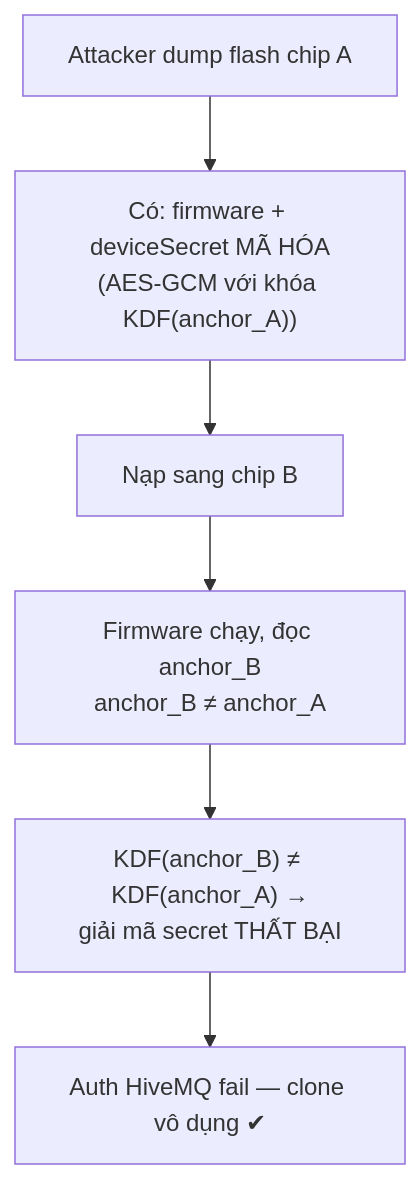
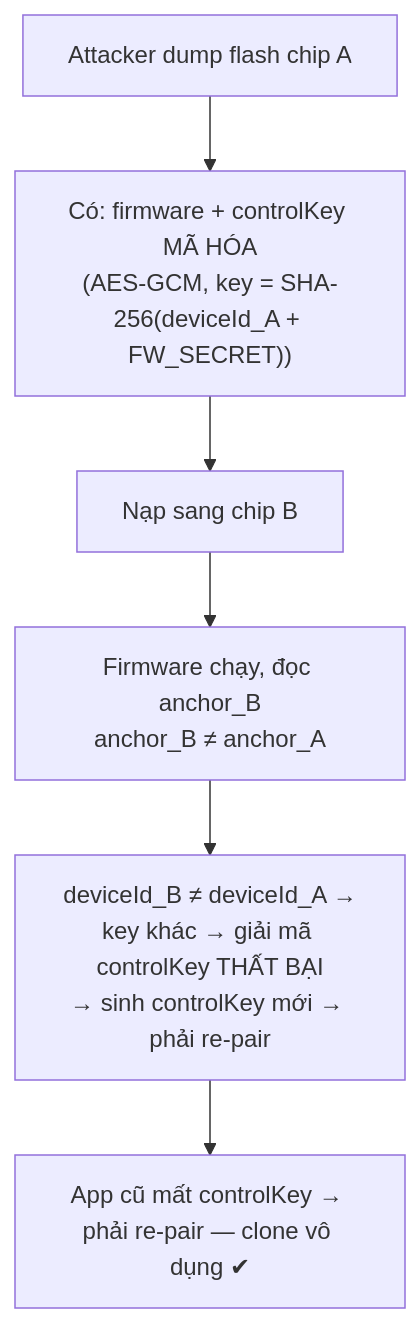
One commit to nndai/smart-home-platform changed the third of 7 diagrams in docs/ECOSYSTEM_PLAN.md. Above: the diagram before and after it, drawn with Mermaid. The commit also changed other lines of this file and 11 other files, not shown here.

````diff
--- a/docs/ECOSYSTEM_PLAN.md
+++ b/docs/ECOSYSTEM_PLAN.md
@@ -59,8 +59,8 @@
 ```mermaid
 graph TD
-    A["Attacker dump flash chip A"] --> B["Có: firmware + deviceSecret MÃ HÓA<br/>(AES-GCM với khóa KDF(anchor_A))"]
+    A["Attacker dump flash chip A"] --> B["Có: firmware + controlKey MÃ HÓA<br/>(AES-GCM, key = SHA-256(deviceId_A + FW_SECRET))"]
     B --> C["Nạp sang chip B"]
     C --> D["Firmware chạy, đọc anchor_B<br/>anchor_B ≠ anchor_A"]
-    D --> E["KDF(anchor_B) ≠ KDF(anchor_A) →<br/>giải mã secret THẤT BẠI"]
-    E --> F["Auth HiveMQ fail — clone vô dụng ✔"]
+    D --> E["deviceId_B ≠ deviceId_A →<br/>key khác → giải mã controlKey THẤT BẠI<br/>→ sinh controlKey mới → phải re-pair"]
+    E --> F["App cũ mất controlKey → phải re-pair — clone vô dụng ✔"]
 ```
````
